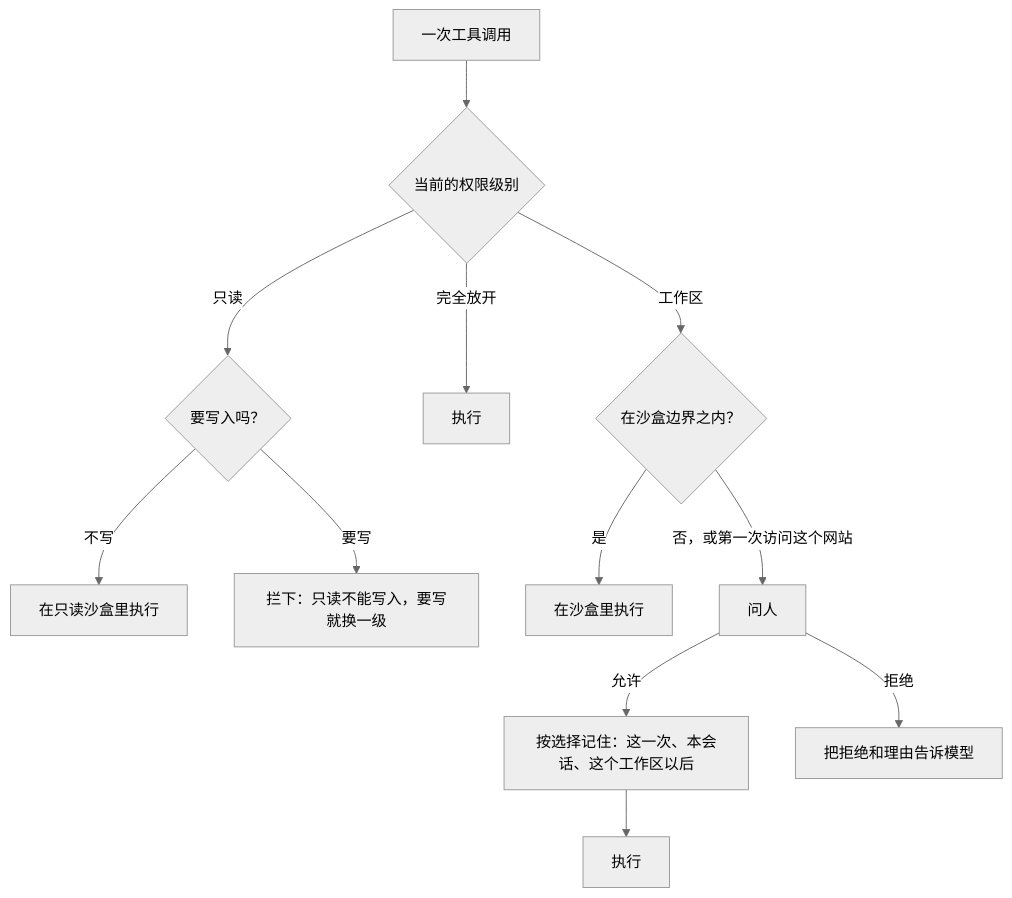
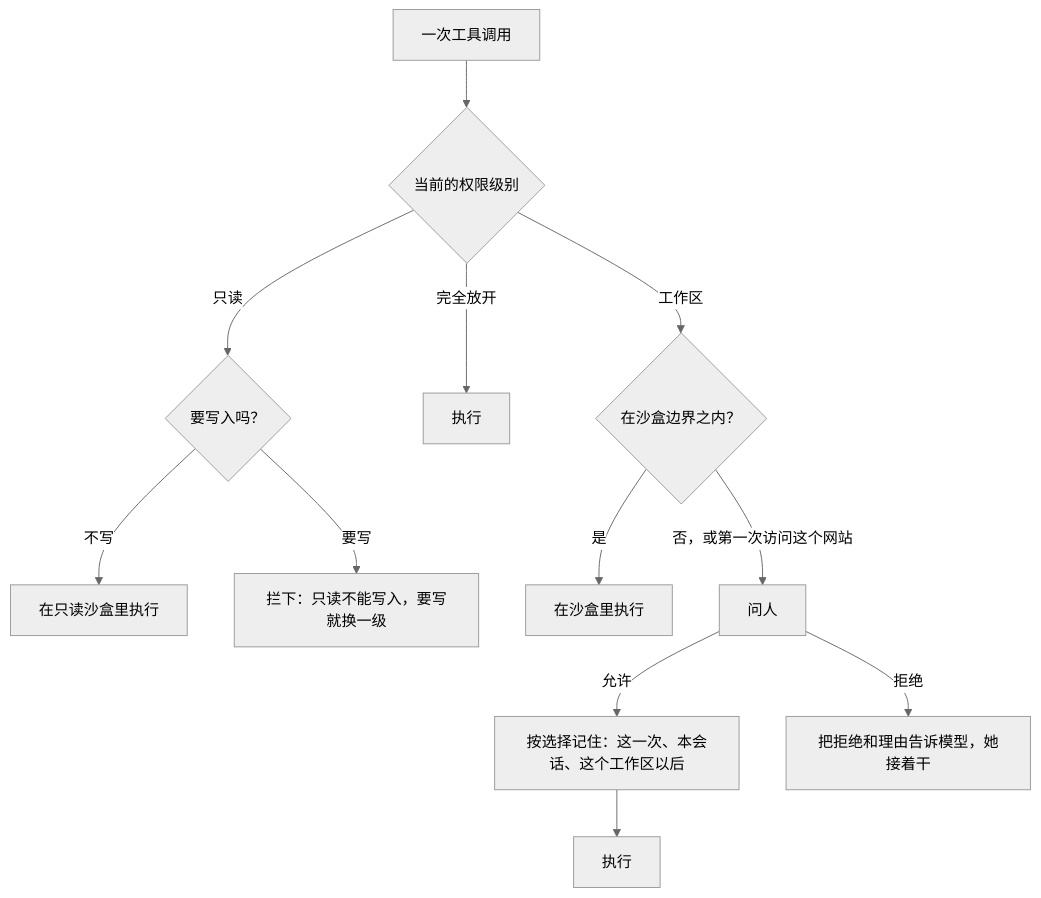
Before and after one commit to SHORiN-KiWATA/miyu-agent-remake: the first of 2 diagrams in docs/designs/11-权限与沙盒.md, drawn with Mermaid (neutral theme). The commit also changed other lines of this file and 6 other files, not shown here.

Commit message:
docs: 内核图纸补上确认怎么走；事件图纸补上确认的两种事件；拒绝以后她接着干（A13）

````diff
--- a/docs/designs/11-权限与沙盒.md
+++ b/docs/designs/11-权限与沙盒.md
@@ -39,14 +39,14 @@
 ```mermaid
 flowchart TB
     call["一次工具调用"] --> mode{"当前的权限级别"}
     mode -- "只读" --> ro{"要写入吗？"}
     ro -- "不写" --> runro["在只读沙盒里执行"]
     ro -- "要写" --> block["拦下：只读不能写入，要写就换一级"]
     mode -- "完全放开" --> run["执行"]
     mode -- "工作区" --> inside{"在沙盒边界之内？"}
     inside -- "是" --> runbox["在沙盒里执行"]
     inside -- "否，或第一次访问这个网站" --> ask["问人"]
     ask -- "允许" --> rule["按选择记住：这一次、本会话、这个工作区以后"]
     rule --> run2["执行"]
-    ask -- "拒绝" --> deny["把拒绝和理由告诉模型"]
+    ask -- "拒绝" --> deny["把拒绝和理由告诉模型，她接着干"]
 ```
````
